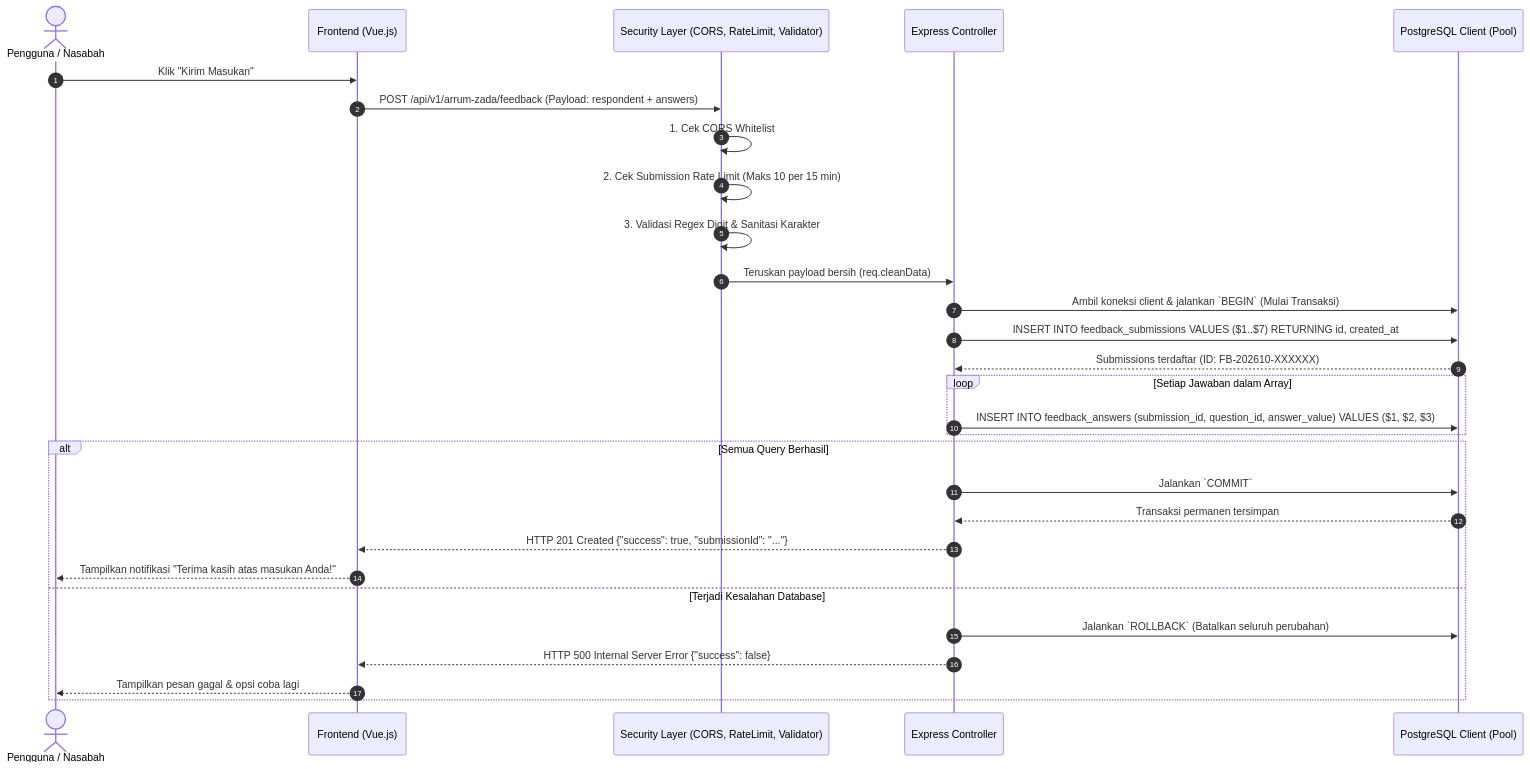
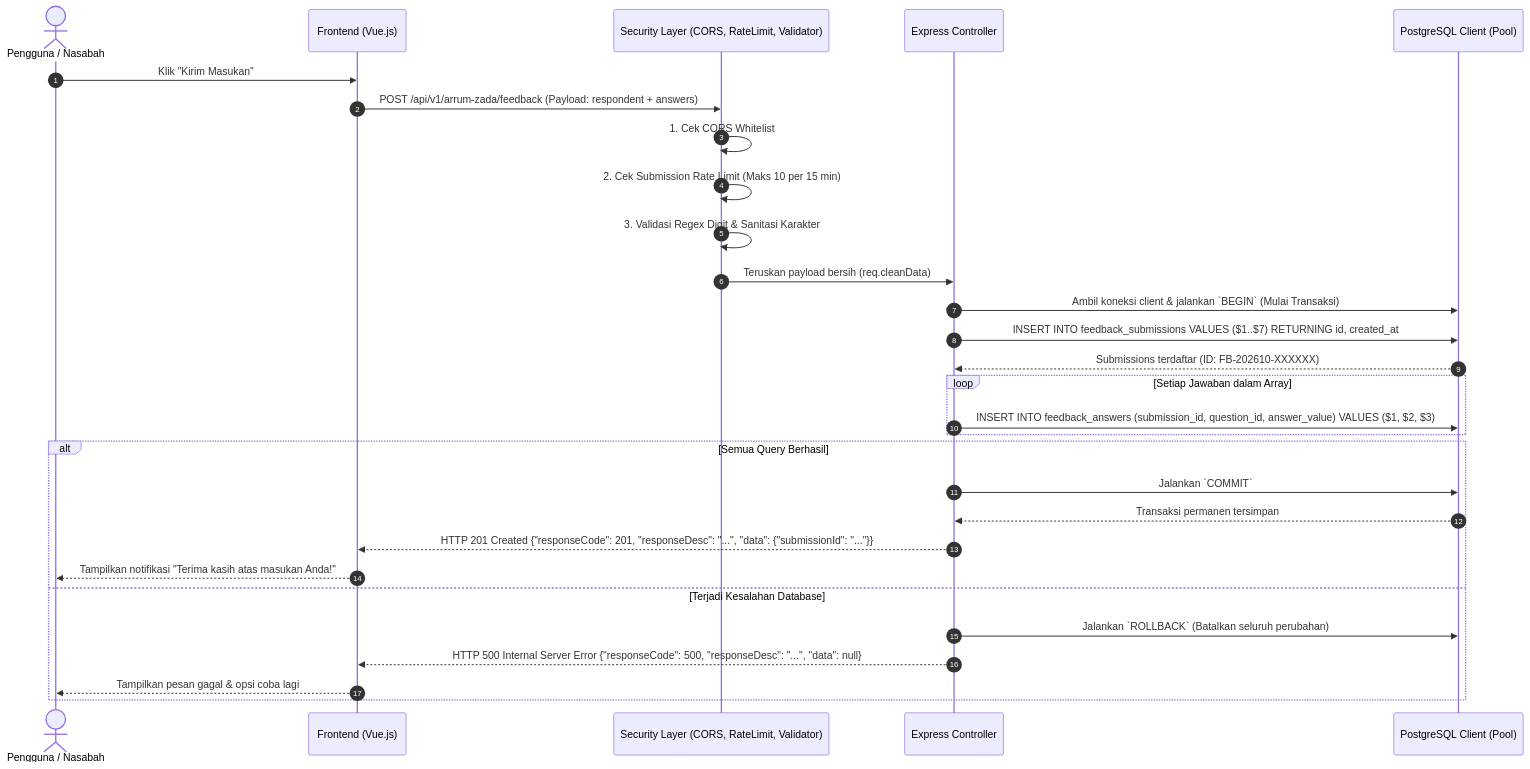
The third of 6 diagrams in docs/HIGH_LEVEL_DESIGN.md (wachid29/arrum-zada-api), drawn with Mermaid before and after one commit. The commit also changed other lines of this file and 8 other files, not shown here.

````diff
--- a/docs/HIGH_LEVEL_DESIGN.md
+++ b/docs/HIGH_LEVEL_DESIGN.md
@@ -146,35 +146,35 @@
 ```mermaid
 sequenceDiagram
     autonumber
     actor Nasabah as Pengguna / Nasabah
     participant UI as Frontend (Vue.js)
     participant SEC as Security Layer (CORS, RateLimit, Validator)
     participant API as Express Controller
     participant DB as PostgreSQL Client (Pool)
 
     Nasabah->>UI: Klik "Kirim Masukan"
     UI->>SEC: POST /api/v1/arrum-zada/feedback (Payload: respondent + answers)
     SEC->>SEC: 1. Cek CORS Whitelist
     SEC->>SEC: 2. Cek Submission Rate Limit (Maks 10 per 15 min)
     SEC->>SEC: 3. Validasi Regex Digit & Sanitasi Karakter
     SEC->>API: Teruskan payload bersih (req.cleanData)
     
     API->>DB: Ambil koneksi client & jalankan `BEGIN` (Mulai Transaksi)
     API->>DB: INSERT INTO feedback_submissions VALUES ($1..$7) RETURNING id, created_at;
     DB-->>API: Submissions terdaftar (ID: FB-202610-XXXXXX)
     
     loop Setiap Jawaban dalam Array
         API->>DB: INSERT INTO feedback_answers (submission_id, question_id, answer_value) VALUES ($1, $2, $3);
     end
 
     alt Semua Query Berhasil
         API->>DB: Jalankan `COMMIT`
         DB-->>API: Transaksi permanen tersimpan
-        API-->>UI: HTTP 201 Created {"success": true, "submissionId": "..."}
+        API-->>UI: HTTP 201 Created {"responseCode": 201, "responseDesc": "...", "data": {"submissionId": "..."}}
         UI-->>Nasabah: Tampilkan notifikasi "Terima kasih atas masukan Anda!"
     else Terjadi Kesalahan Database
         API->>DB: Jalankan `ROLLBACK` (Batalkan seluruh perubahan)
-        API-->>UI: HTTP 500 Internal Server Error {"success": false}
+        API-->>UI: HTTP 500 Internal Server Error {"responseCode": 500, "responseDesc": "...", "data": null}
         UI-->>Nasabah: Tampilkan pesan gagal & opsi coba lagi
     end
 ```
````
